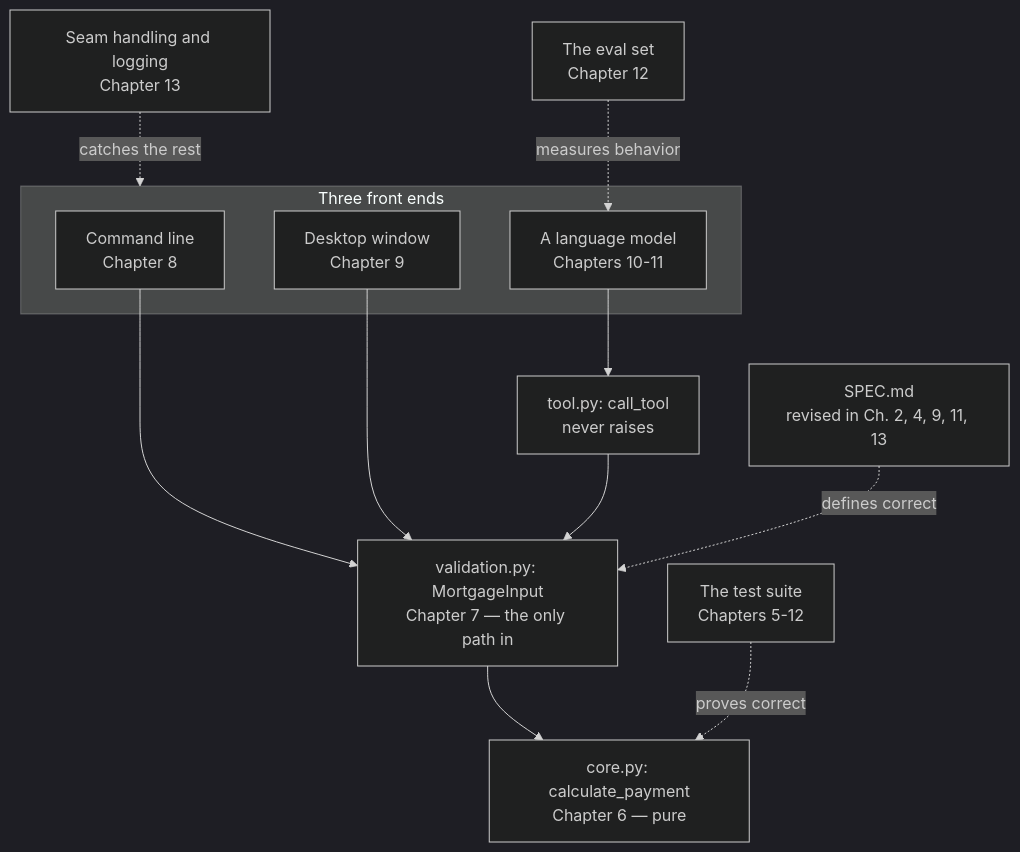
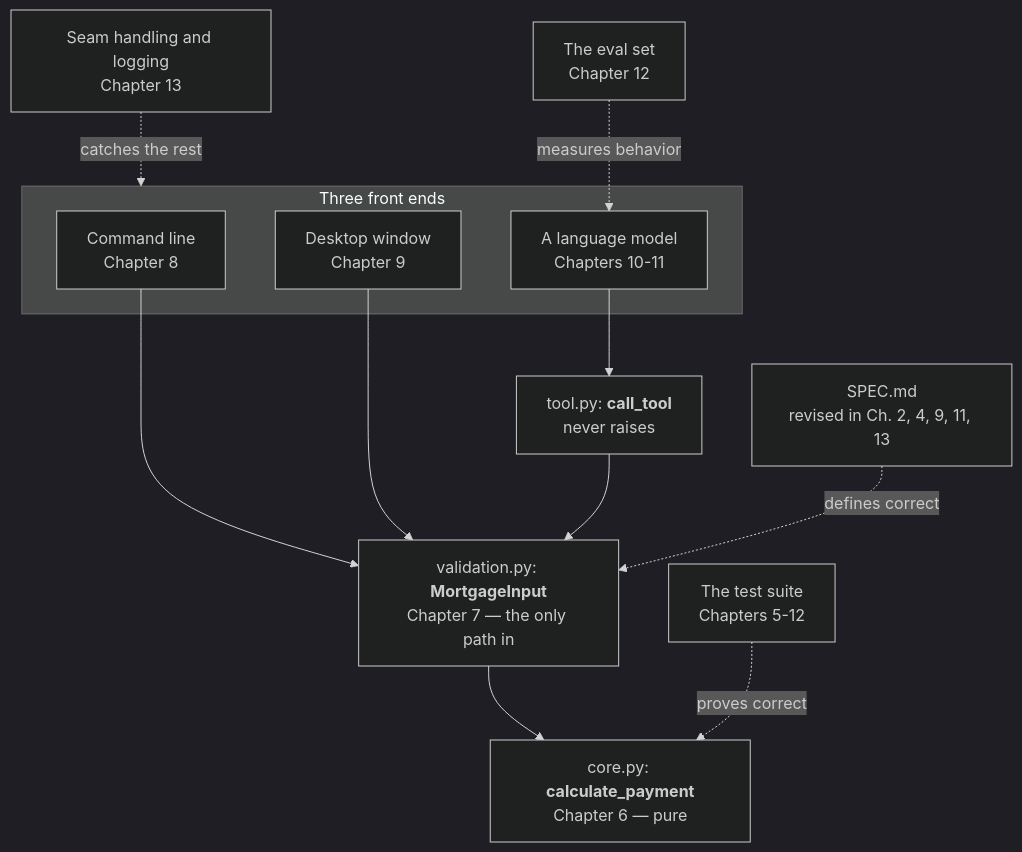
One commit to rioffe/intro_to_ai_software_engineering changed the first of 2 diagrams in manuscript/15-closing.md. Above: the diagram before and after it, drawn with Mermaid (dark theme). The commit also changed other lines of this file and 17 other files, not shown here.

First line of the commit message:
Diagram readability pass, and keep diagrams with their intro sentence

````diff
--- a/manuscript/15-closing.md
+++ b/manuscript/15-closing.md
@@ -13,20 +13,20 @@
 ```mermaid
 flowchart TD
     subgraph FRONT[" Three front ends "]
         CLI["Command line<br/>Chapter 8"]
         GUI["Desktop window<br/>Chapter 9"]
         LLMFE["A language model<br/>Chapters 10-11"]
     end
 
     CLI --> VAL
     GUI --> VAL
-    LLMFE --> TOOL["tool.py: call_tool<br/>never raises"] --> VAL
+    LLMFE --> TOOL["tool.py: <b>call_tool</b><br/>never raises"] --> VAL
 
-    VAL["validation.py: MortgageInput<br/>Chapter 7 — the only path in"]
-    VAL --> CORE["core.py: calculate_payment<br/>Chapter 6 — pure"]
+    VAL["validation.py: <b>MortgageInput</b><br/>Chapter 7 — the only path in"]
+    VAL --> CORE["core.py: <b>calculate_payment</b><br/>Chapter 6 — pure"]
 
     SPEC["SPEC.md<br/>revised in Ch. 2, 4, 9, 11, 13"] -.->|"defines correct"| VAL
     TESTS["The test suite<br/>Chapters 5-12"] -.->|"proves correct"| CORE
     EVAL["The eval set<br/>Chapter 12"] -.->|"measures behavior"| LLMFE
     LOGS["Seam handling and logging<br/>Chapter 13"] -.->|"catches the rest"| FRONT
 ```
````
